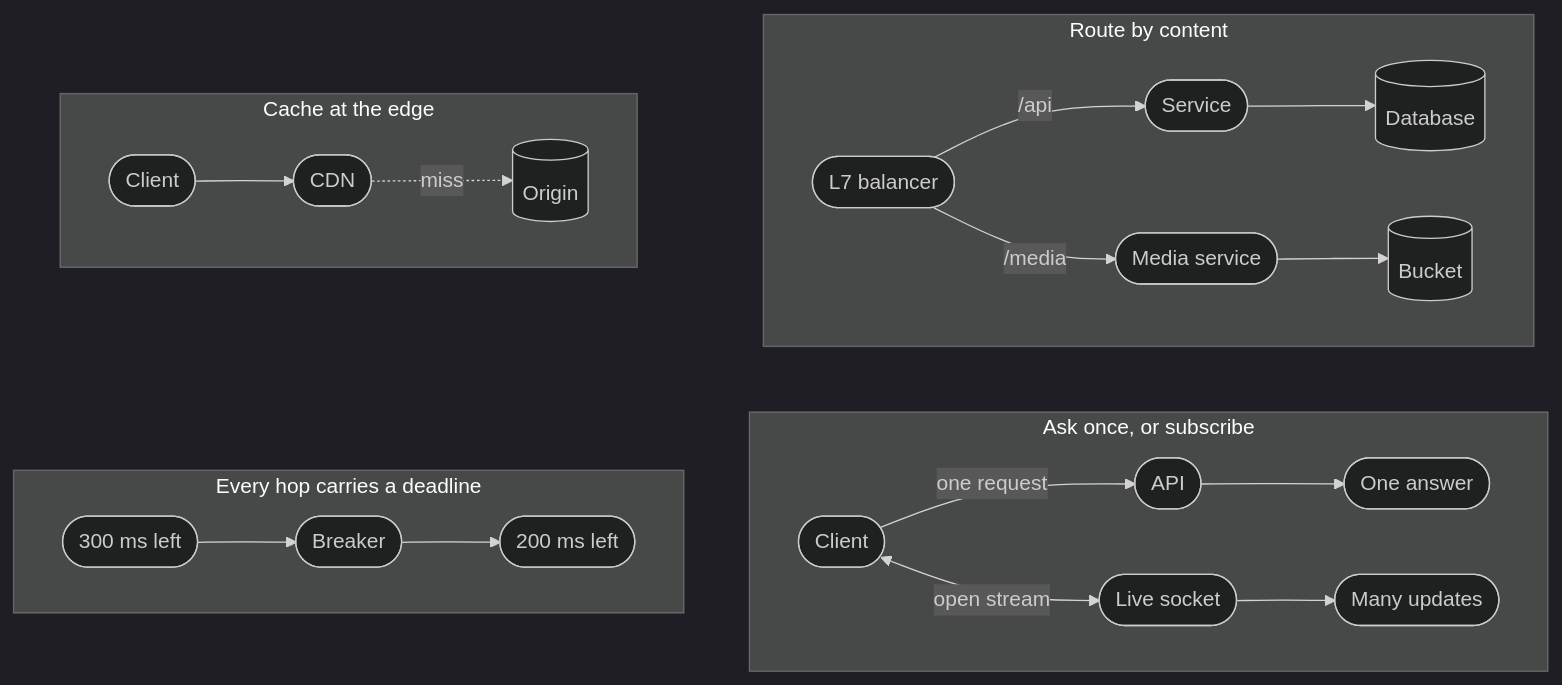
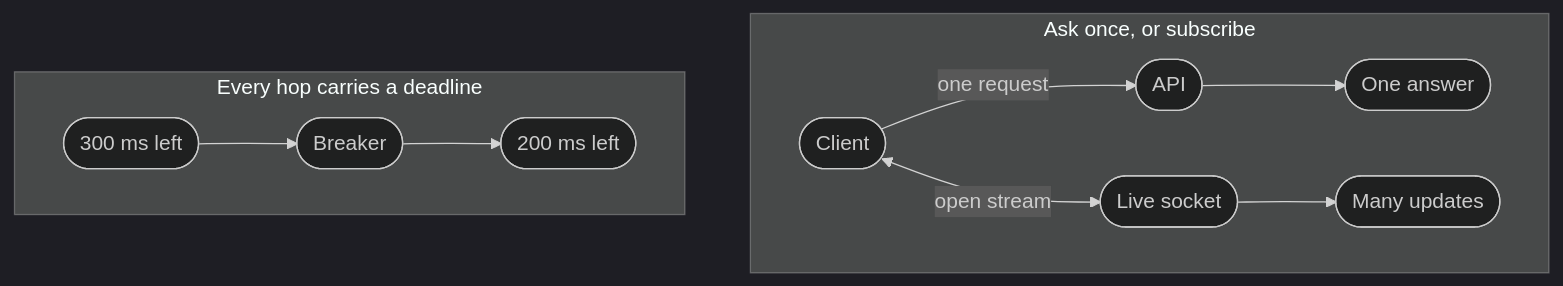
One commit to Laticent/lattice changed diagram 16 of 32 in examples/system-design-foundations.md. Above: the diagram before and after it, drawn with Mermaid (dark theme). The commit also changed other lines of this file and 2 other files, not shown here.

````diff
--- a/examples/system-design-foundations.md
+++ b/examples/system-design-foundations.md
@@ -1661,23 +1718,12 @@
 ```mermaid
 flowchart TB
-  subgraph b["Route by content"]
-    direction LR
-    B1(["L7 balancer"]) -->|"/api"| B2(["Service"]) --> B4[("Database")]
-    B1 -->|"/media"| B5(["Media service"]) --> B3[("Bucket")]
-  end
-  subgraph a["Cache at the edge"]
-    direction LR
-    A1(["Client"]) --> A2(["CDN"]) -.->|"miss"| A3[("Origin")]
-  end
   subgraph d["Ask once, or subscribe"]
     direction LR
     D1(["Client"]) -->|"one request"| D2(["API"]) --> D4(["One answer"])
     D1 <-->|"open stream"| D3(["Live socket"]) --> D5(["Many updates"])
   end
   subgraph c["Every hop carries a deadline"]
     direction LR
     C1(["300 ms left"]) --> C2(["Breaker"]) --> C3(["200 ms left"])
   end
-  a ~~~ c
-  b ~~~ d
 ```
````
